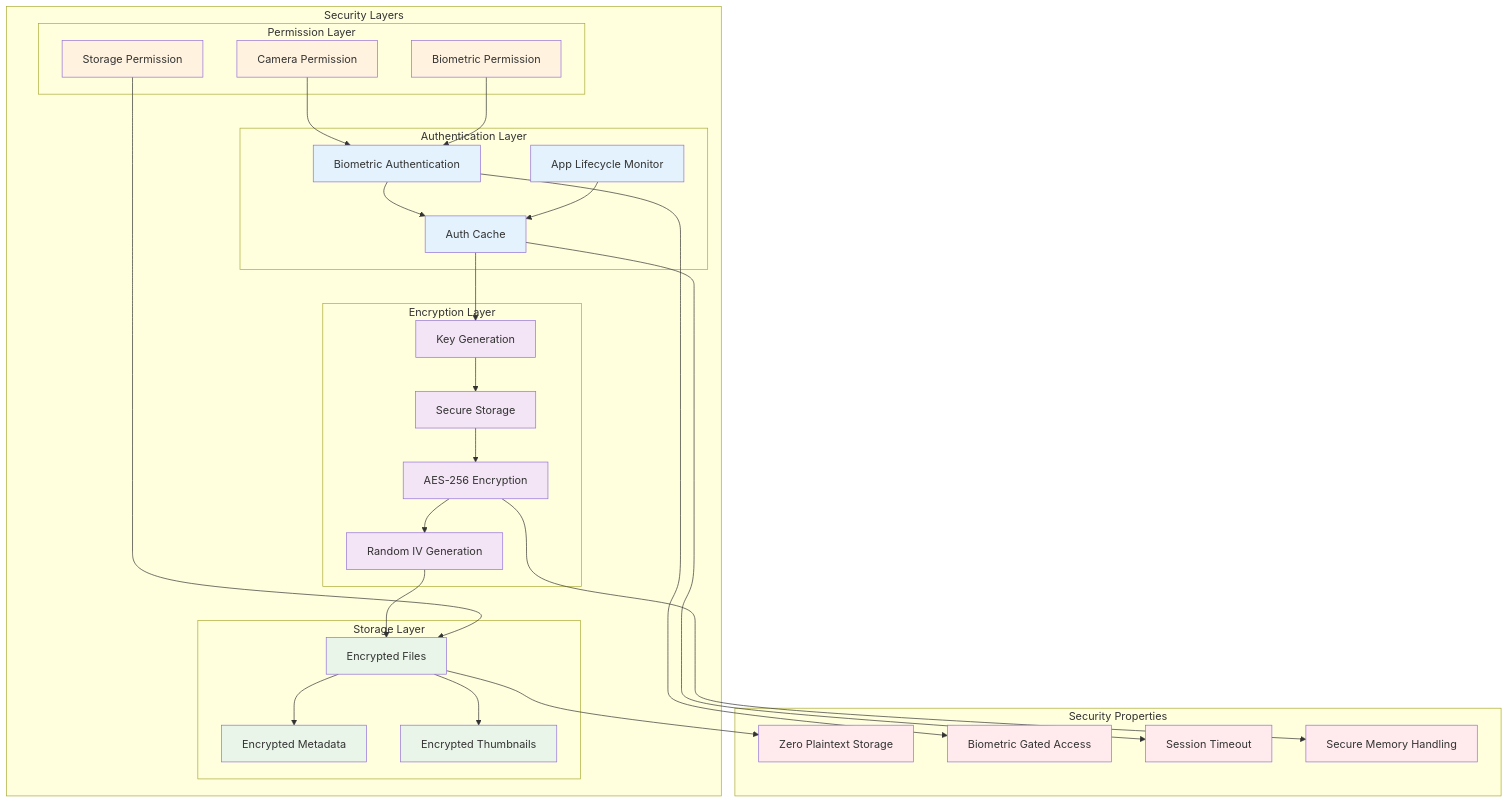
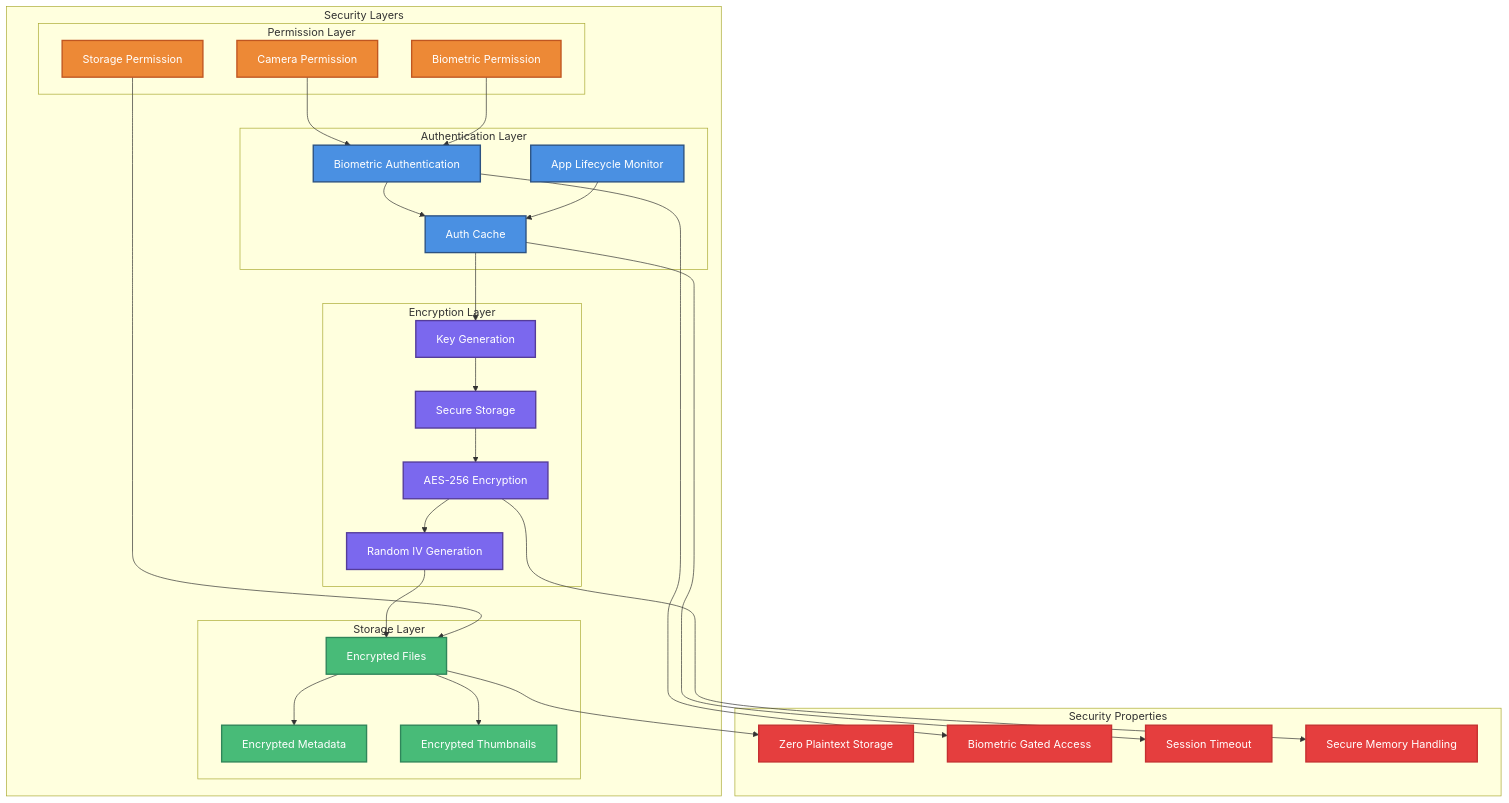
One commit to semsturgut/securecapture changed the second of 3 diagrams in BRIEF.md. Above: the diagram before and after it, drawn with Mermaid. The commit also changed other lines of this file, not shown here.

First line of the commit message:
Update BRIEF.md with enhanced styling for architectural diagrams and added links to high-resolution images

````diff
--- a/BRIEF.md
+++ b/BRIEF.md
@@ -187,74 +189,74 @@
 ```mermaid
 graph TB
     subgraph "Security Layers"
         subgraph "Authentication Layer"
             Bio[Biometric Authentication]
             Cache[Auth Cache]
             Lifecycle[App Lifecycle Monitor]
         end
         
         subgraph "Encryption Layer"
             KeyGen[Key Generation]
             SecStore[Secure Storage]
             AES[AES-256 Encryption]
             IV[Random IV Generation]
         end
         
         subgraph "Storage Layer"
             EncFiles[Encrypted Files]
             Metadata[Encrypted Metadata]
             Thumbnails[Encrypted Thumbnails]
         end
         
         subgraph "Permission Layer"
             CameraPerm[Camera Permission]
             StoragePerm[Storage Permission]
             BioPerm[Biometric Permission]
         end
     end
     
     %% Authentication Flow
     Bio --> Cache
     Lifecycle --> Cache
     Cache --> KeyGen
     
     %% Encryption Flow
     KeyGen --> SecStore
     SecStore --> AES
     AES --> IV
     IV --> EncFiles
     
     %% Storage Flow
     EncFiles --> Metadata
     EncFiles --> Thumbnails
     
     %% Permission Flow
     CameraPerm --> Bio
     StoragePerm --> EncFiles
     BioPerm --> Bio
     
     %% Security Properties
     subgraph "Security Properties"
         ZeroPlaintext[Zero Plaintext Storage]
         BiometricGated[Biometric Gated Access]
         SessionTimeout[Session Timeout]
         SecureMemory[Secure Memory Handling]
     end
     
     Cache --> SessionTimeout
     Bio --> BiometricGated
     EncFiles --> ZeroPlaintext
     AES --> SecureMemory
     
-    classDef authStyle fill:#e3f2fd
-    classDef encStyle fill:#f3e5f5
-    classDef storeStyle fill:#e8f5e8
-    classDef permStyle fill:#fff3e0
-    classDef secStyle fill:#ffebee
+    classDef authStyle fill:#4a90e2,stroke:#2c5282,stroke-width:2px,color:#fff
+    classDef encStyle fill:#7b68ee,stroke:#553c9a,stroke-width:2px,color:#fff
+    classDef storeStyle fill:#48bb78,stroke:#2f855a,stroke-width:2px,color:#fff
+    classDef permStyle fill:#ed8936,stroke:#c05621,stroke-width:2px,color:#fff
+    classDef secStyle fill:#e53e3e,stroke:#c53030,stroke-width:2px,color:#fff
     
     class Bio,Cache,Lifecycle authStyle
     class KeyGen,SecStore,AES,IV encStyle
     class EncFiles,Metadata,Thumbnails storeStyle
     class CameraPerm,StoragePerm,BioPerm permStyle
     class ZeroPlaintext,BiometricGated,SessionTimeout,SecureMemory secStyle
 ```
````
